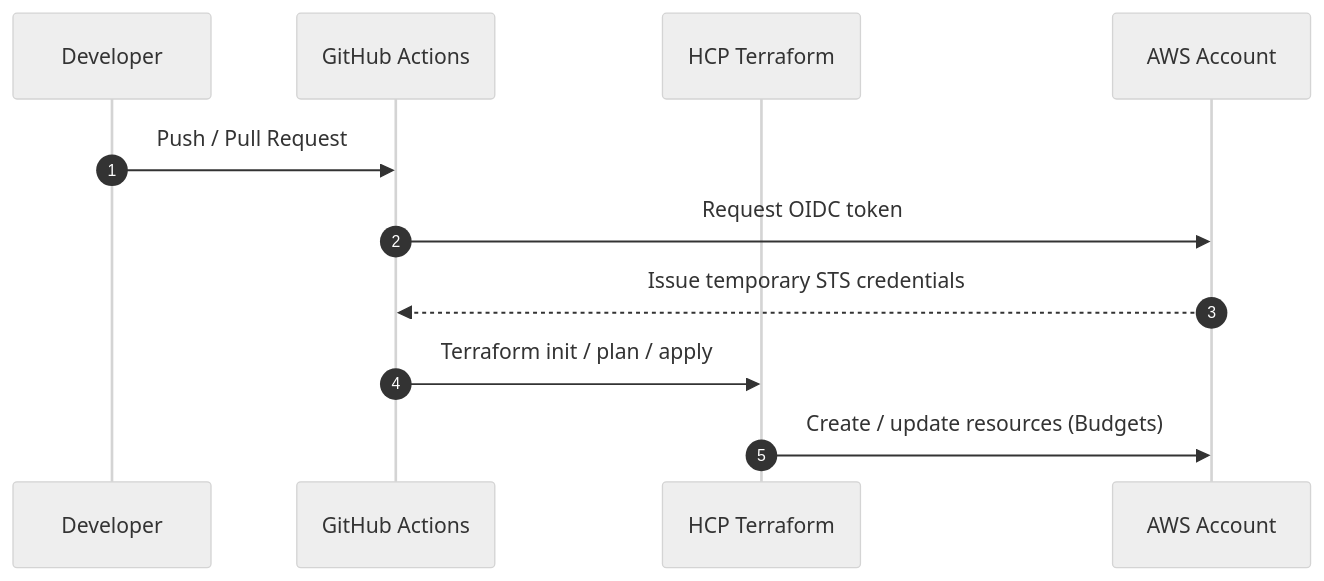
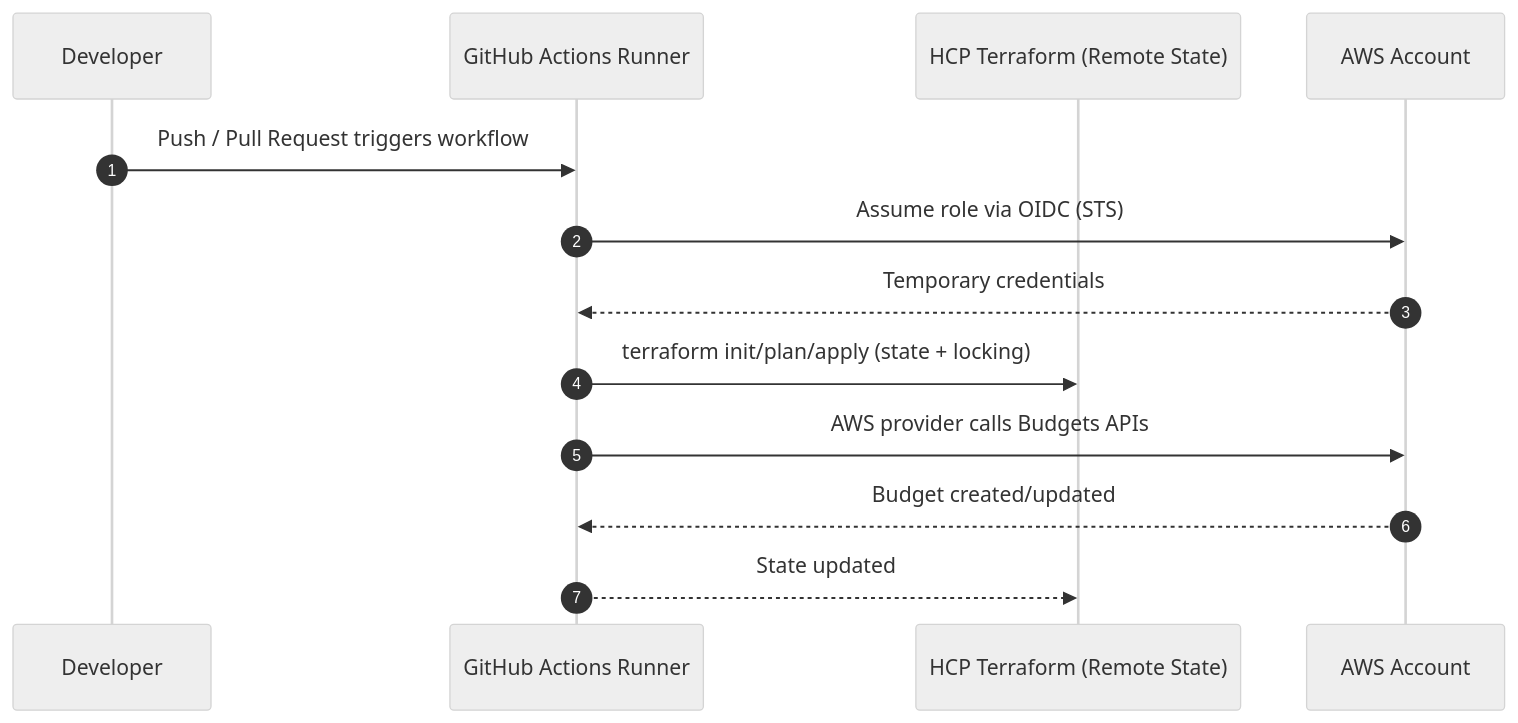
One commit to melosevich/aws-cloud-platform-iac-github-actions changed the diagram in README.md. Above: the diagram before and after it, drawn with Mermaid (neutral theme).

Commit message:
docs: update seqDiagram

````diff
--- a/README.md
+++ b/README.md
@@ -19,14 +19,16 @@
 ```mermaid
 sequenceDiagram
     autonumber
     participant Dev as Developer
-    participant GH as GitHub Actions
-    participant HCP as HCP Terraform
+    participant GH as GitHub Actions Runner
+    participant HCP as HCP Terraform (Remote State)
     participant AWS as AWS Account
 
-    Dev->>GH: Push / Pull Request
-    GH->>AWS: Request OIDC token
-    AWS-->>GH: Issue temporary STS credentials
-    GH->>HCP: Terraform init / plan / apply
-    HCP->>AWS: Create / update resources (Budgets)
+    Dev->>GH: Push / Pull Request triggers workflow
+    GH->>AWS: Assume role via OIDC (STS)
+    AWS-->>GH: Temporary credentials
+    GH->>HCP: terraform init/plan/apply (state + locking)
+    GH->>AWS: AWS provider calls Budgets APIs
+    AWS-->>GH: Budget created/updated
+    GH-->>HCP: State updated
 ```
````
